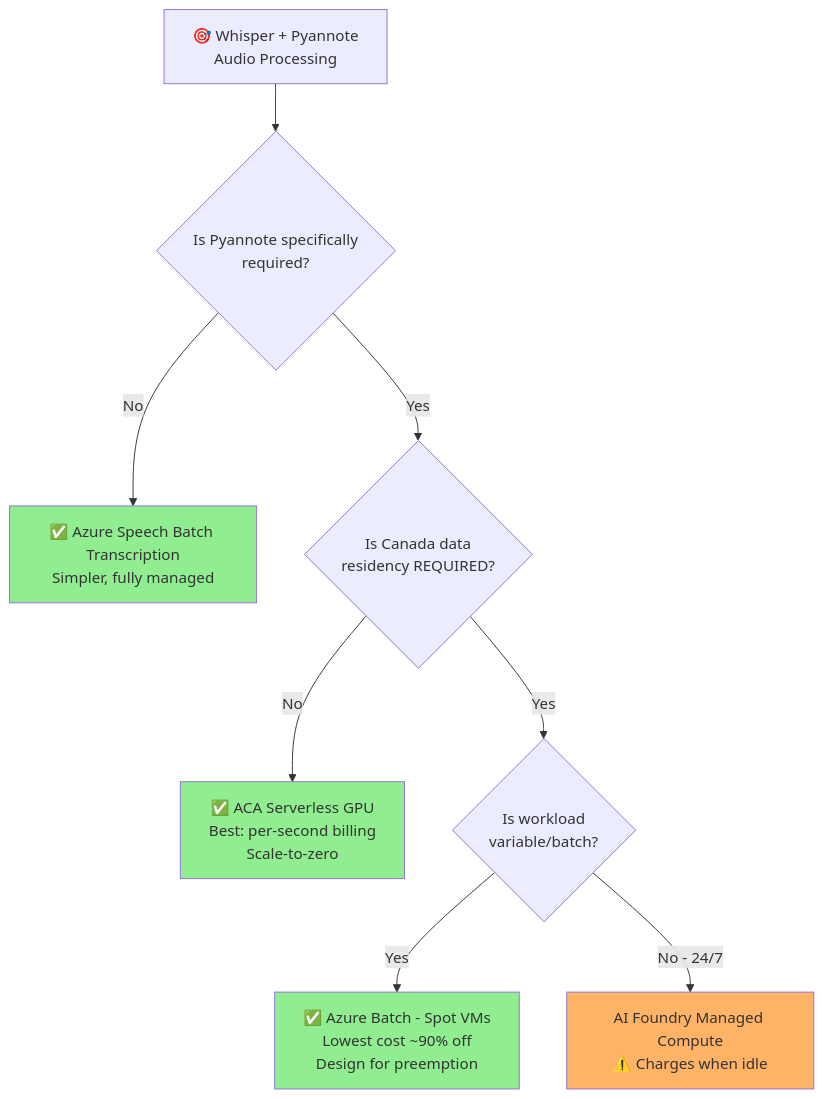
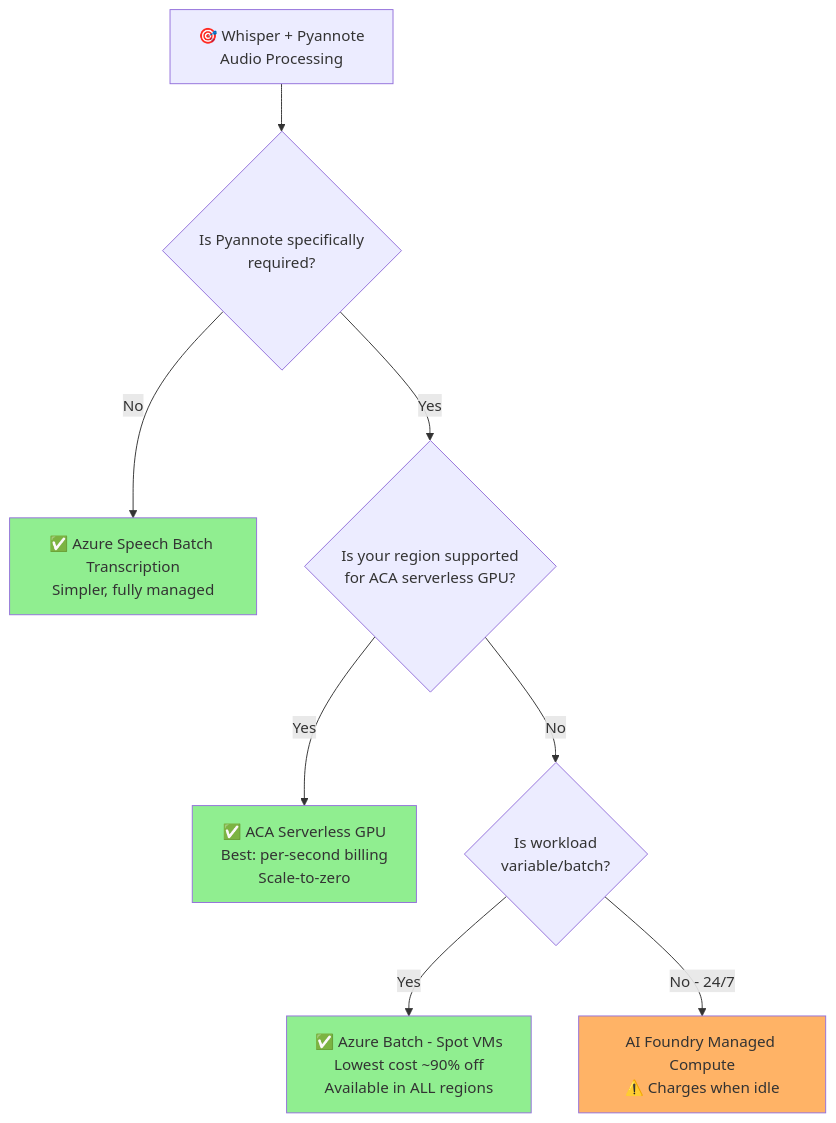
The second of 3 diagrams in gpu-serverless/azure-gpu-hosting-open-source-models-guidance.md (CalinL/azure-architecture-guidance), drawn with Mermaid before and after one commit. The commit also changed other lines of this file, not shown here.

Commit message:
Refine guidance on Azure GPU hosting options for open-source AI models, clarifying regional availability and cost comparisons

````diff
--- a/gpu-serverless/azure-gpu-hosting-open-source-models-guidance.md
+++ b/gpu-serverless/azure-gpu-hosting-open-source-models-guidance.md
@@ -481,21 +481,21 @@
 ```mermaid
 flowchart TD
     A[🎯 Whisper + Pyannote<br/>Audio Processing] --> B{Is Pyannote specifically<br/>required?}
     
     B -->|No| C[✅ Azure Speech Batch Transcription<br/>Simpler, fully managed]
     
-    B -->|Yes| D{Is Canada data<br/>residency REQUIRED?}
+    B -->|Yes| D{Is your region supported<br/>for ACA serverless GPU?}
     
-    D -->|No| E[✅ ACA Serverless GPU<br/>Best: per-second billing<br/>Scale-to-zero]
+    D -->|Yes| E[✅ ACA Serverless GPU<br/>Best: per-second billing<br/>Scale-to-zero]
     
-    D -->|Yes| F{Is workload<br/>variable/batch?}
+    D -->|No| F{Is workload<br/>variable/batch?}
     
-    F -->|Yes| G[✅ Azure Batch - Spot VMs<br/>Lowest cost ~90% off<br/>Design for preemption]
+    F -->|Yes| G[✅ Azure Batch - Spot VMs<br/>Lowest cost ~90% off<br/>Available in ALL regions]
     
     F -->|No - 24/7| H[AI Foundry Managed Compute<br/>⚠️ Charges when idle]
     
     style C fill:#90EE90
     style E fill:#90EE90
     style G fill:#90EE90
     style H fill:#FFB366
 ```
````
